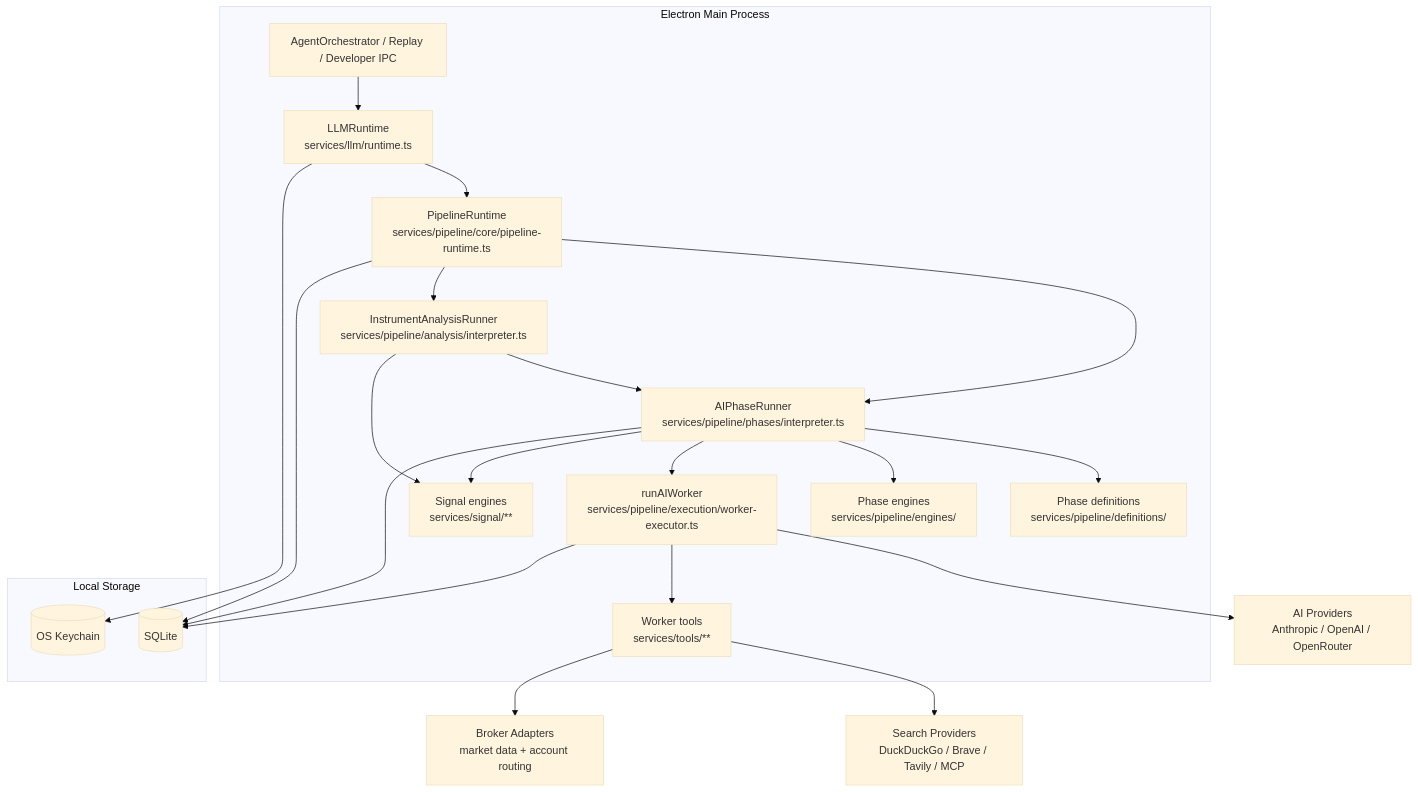
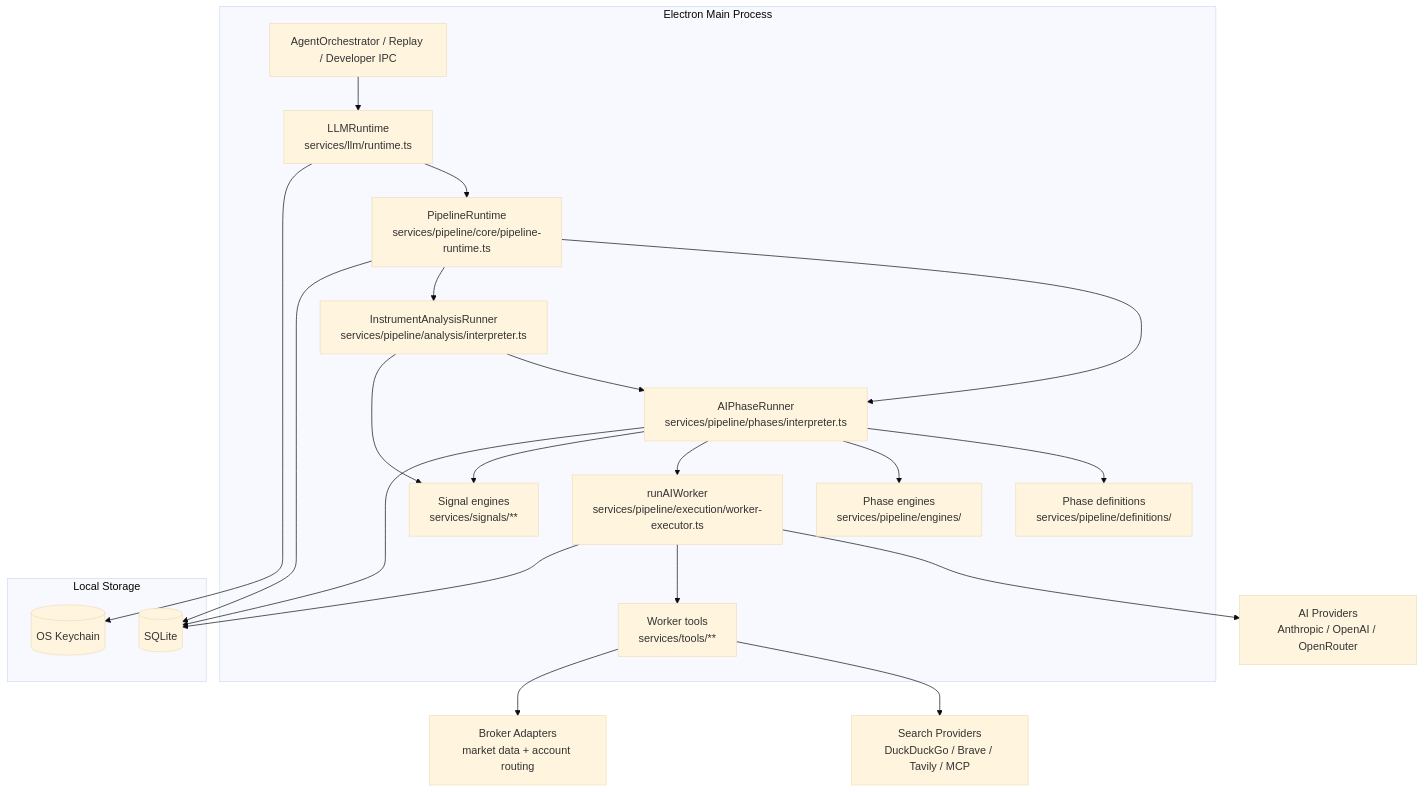
One commit to KennethAtchon/Exva changed the first of 9 diagrams in docs/architecture/pipeline-runtime.md. Above: the diagram before and after it, drawn with Mermaid (base theme). The commit also changed other lines of this file and 176 other files, not shown here.

````diff
--- a/docs/architecture/pipeline-runtime.md
+++ b/docs/architecture/pipeline-runtime.md
@@ -20,40 +20,40 @@
 ```mermaid
 graph TB
     subgraph Main["Electron Main Process"]
         Orchestrator["AgentOrchestrator / Replay / Developer IPC"]
         LLM["LLMRuntime\nservices/llm/runtime.ts"]
         Pipeline["PipelineRuntime\nservices/pipeline/core/pipeline-runtime.ts"]
         PhaseRunner["AIPhaseRunner\nservices/pipeline/phases/interpreter.ts"]
         AnalysisRunner["InstrumentAnalysisRunner\nservices/pipeline/analysis/interpreter.ts"]
         Definitions["Phase definitions\nservices/pipeline/definitions/"]
         PhaseEngines["Phase engines\nservices/pipeline/engines/"]
         Worker["runAIWorker\nservices/pipeline/execution/worker-executor.ts"]
-        Signals["Signal engines\nservices/signal/**"]
+        Signals["Signal engines\nservices/signals/**"]
         Tools["Worker tools\nservices/tools/**"]
     end
     subgraph Storage["Local Storage"]
         DB[("SQLite")]
         Keychain[("OS Keychain")]
     end
     AI["AI Providers\nAnthropic / OpenAI / OpenRouter"]
     Search["Search Providers\nDuckDuckGo / Brave / Tavily / MCP"]
     Brokers["Broker Adapters\nmarket data + account routing"]
 
     Orchestrator --> LLM --> Pipeline
     Pipeline --> PhaseRunner
     Pipeline --> AnalysisRunner
     AnalysisRunner --> PhaseRunner
     PhaseRunner --> Definitions
     PhaseRunner --> PhaseEngines
     PhaseRunner --> Worker
     Worker --> AI
     Worker --> Tools
     Tools --> Search
     Tools --> Brokers
     PhaseRunner --> Signals
     AnalysisRunner --> Signals
     Worker --> DB
     PhaseRunner --> DB
     Pipeline --> DB
     LLM --> Keychain
 ```
````
